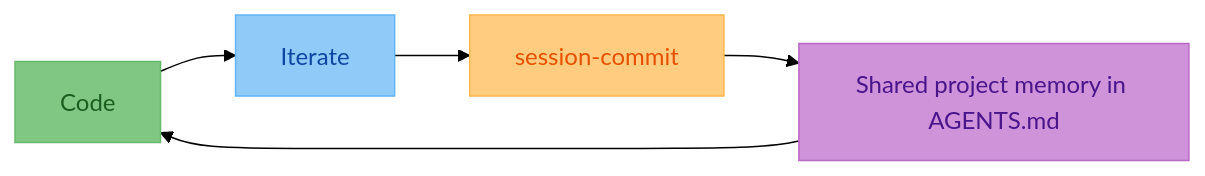
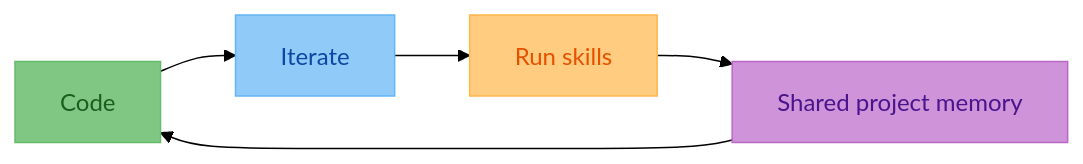
The diagram in README.md (Olshansk/agent-md), drawn with Mermaid (forest theme) before and after one commit. The commit also changed other lines of this file and 7 other files, not shown here.

````diff
--- a/README.md
+++ b/README.md
@@ -214,12 +193,12 @@
 ```mermaid
 flowchart LR
     A["Code"]:::work --> B["Iterate"]:::run
-    B --> C["session-commit"]:::review
-    C --> D["Shared project memory in AGENTS.md"]:::value
+    B --> C["Run skills"]:::review
+    C --> D["Shared project memory"]:::value
     D --> A
 
     classDef work fill:#81C784,color:#1B5E20,stroke:#66BB6A
     classDef run fill:#90CAF9,color:#0D47A1,stroke:#64B5F6
     classDef review fill:#FFCC80,color:#E65100,stroke:#FFB74D
     classDef value fill:#CE93D8,color:#4A148C,stroke:#BA68C8
 ```
````
